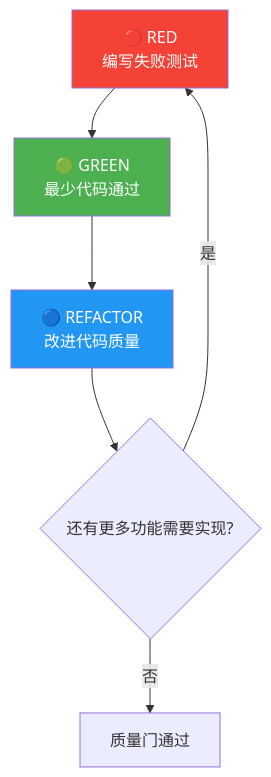
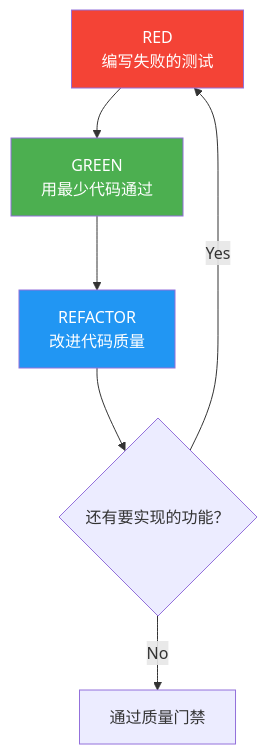
The fourth of 9 diagrams in docs-site/content/zh/getting-started/quickstart.md (modu-ai/moai-adk), drawn with Mermaid before and after one commit. The commit also changed other lines of this file and 395 other files, not shown here.

````diff
--- a/docs-site/content/zh/getting-started/quickstart.md
+++ b/docs-site/content/zh/getting-started/quickstart.md
@@ -156,11 +156,11 @@
 ```mermaid
 flowchart TD
-    A["🔴 RED<br/>编写失败测试"] --> B["🟢 GREEN<br/>最少代码通过"]
-    B --> C["🔵 REFACTOR<br/>改进代码质量"]
-    C --> D{"还有更多功能需要实现?"}
-    D -->|是| A
-    D -->|否| E["质量门通过"]
+    A["RED<br/>编写失败的测试"] --> B["GREEN<br/>用最少代码通过"]
+    B --> C["REFACTOR<br/>改进代码质量"]
+    C --> D{"还有要实现的功能？"}
+    D -->|Yes| A
+    D -->|No| E["通过质量门禁"]
     style A fill:#f44336,color:#fff
     style B fill:#4CAF50,color:#fff
     style C fill:#2196F3,color:#fff
 ```
````
